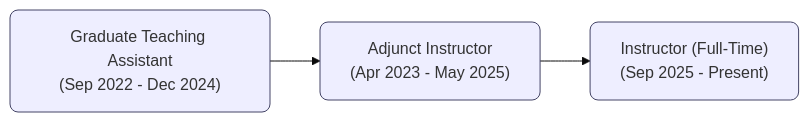
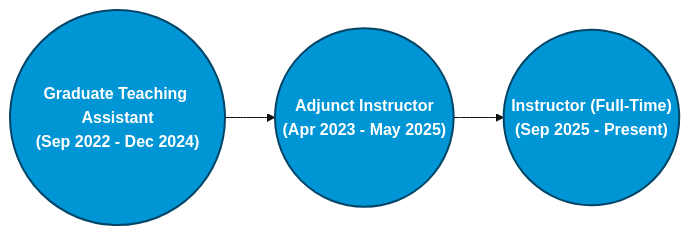
The diagram in _pages/teaching.md (srsapireddy/srsapireddy.github.io), drawn with Mermaid (base theme) before and after one commit. The commit also changed other lines of this file, not shown here.

```diff
--- a/_pages/teaching.md
+++ b/_pages/teaching.md
@@ -9,7 +9,9 @@
 <div class="mermaid">
 graph LR
-  A["Graduate Teaching Assistant<br>(Sep 2022 - Dec 2024)"] --> B["Adjunct Instructor<br>(Apr 2023 - May 2025)"]
-  B --> C["Instructor (Full-Time)<br>(Sep 2025 - Present)"]
-  classDef role fill:#eef,stroke:#446,stroke-width:1px,rx:8,ry:8;
+  A(("Graduate Teaching Assistant<br>(Sep 2022 - Dec 2024)")) --> B(("Adjunct Instructor<br>(Apr 2023 - May 2025)"))
+  B --> C(("Instructor (Full-Time)<br>(Sep 2025 - Present)"))
+
+  %% Styling
+  classDef role fill:#0096d6,stroke:#004466,stroke-width:2px,color:#fff,font-weight:bold;
   class A,B,C role;
 </div>
```
